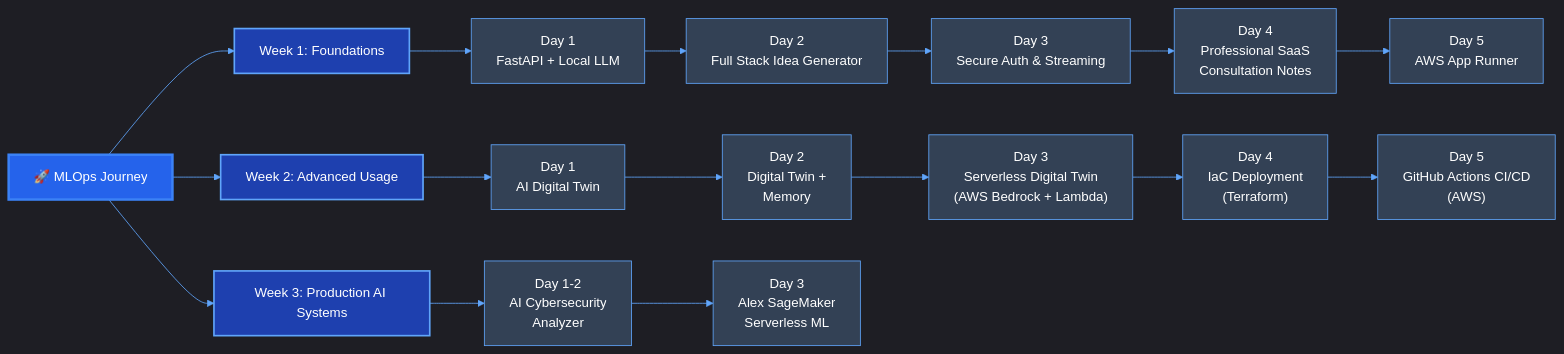
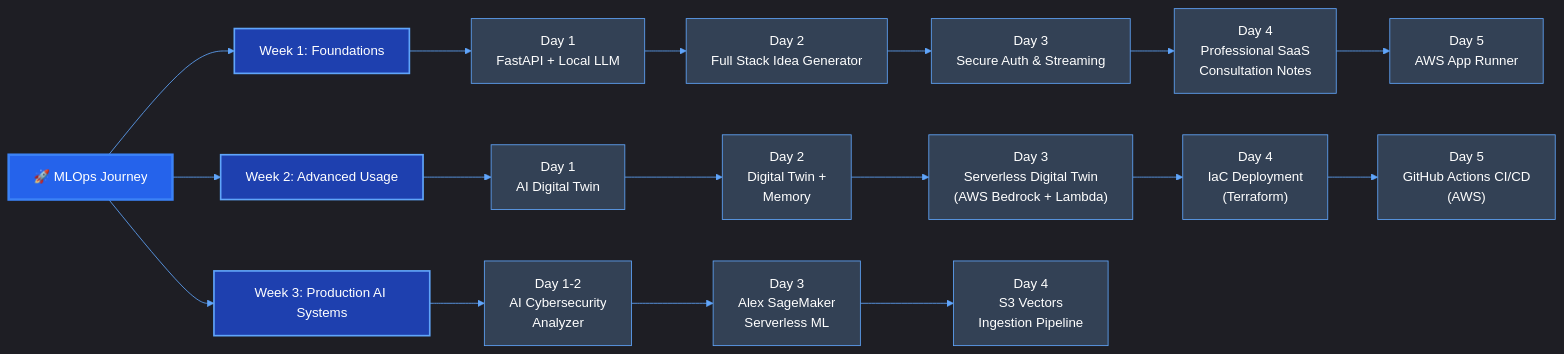
Before and after one commit to baloglu321/mlops-journey: the first of 5 diagrams in README.md, drawn with Mermaid. The commit also changed other lines of this file and 2 other files, not shown here.

Commit message:
week-3 day_4 commit_1

````diff
--- a/README.md
+++ b/README.md
@@ -23,36 +23,38 @@
 ```mermaid
 %%{init: {'theme': 'dark', 'themeVariables': { 'primaryColor': '#2563eb', 'primaryTextColor': '#fff', 'primaryBorderColor': '#3b82f6', 'lineColor': '#60a5fa', 'secondaryColor': '#1e40af', 'tertiaryColor': '#1e3a8a'}}}%%
 graph LR
     A[🚀 MLOps Journey] --> B[Week 1: Foundations]
     B --> C[Day 1<br/>FastAPI + Local LLM]
     C --> D[Day 2<br/>Full Stack Idea Generator]
     D --> E[Day 3<br/>Secure Auth & Streaming]
     E --> F[Day 4<br/>Professional SaaS<br/>Consultation Notes]
     F --> G[Day 5<br/>AWS App Runner]
     A --> H[Week 2: Advanced Usage]
     H --> I[Day 1<br/>AI Digital Twin]
     I --> J[Day 2<br/>Digital Twin +<br/>Memory]
     J --> K["Day 3<br/>Serverless Digital Twin<br/>(AWS Bedrock + Lambda)"]
     K --> L["Day 4<br/>IaC Deployment<br/>(Terraform)"]
     L --> M["Day 5<br/>GitHub Actions CI/CD<br/>(AWS)"]
     A --> N[Week 3: Production AI Systems]
     N --> O["Day 1-2<br/>AI Cybersecurity<br/>Analyzer"]
     O --> P["Day 3<br/>Alex SageMaker<br/>Serverless ML"]
+    P --> Q["Day 4<br/>S3 Vectors<br/>Ingestion Pipeline"]
     
     style A fill:#2563eb,stroke:#3b82f6,stroke-width:3px,color:#fff
     style B fill:#1e40af,stroke:#60a5fa,stroke-width:2px,color:#fff
     style C fill:#334155,stroke:#60a5fa,color:#fff
     style D fill:#334155,stroke:#60a5fa,color:#fff
     style E fill:#334155,stroke:#60a5fa,color:#fff
     style F fill:#334155,stroke:#60a5fa,color:#fff
     style G fill:#334155,stroke:#60a5fa,color:#fff
     style H fill:#1e40af,stroke:#60a5fa,stroke-width:2px,color:#fff
     style I fill:#334155,stroke:#60a5fa,color:#fff
     style J fill:#334155,stroke:#60a5fa,color:#fff
     style K fill:#334155,stroke:#60a5fa,color:#fff
     style L fill:#334155,stroke:#60a5fa,color:#fff
     style M fill:#334155,stroke:#60a5fa,color:#fff
     style N fill:#1e40af,stroke:#60a5fa,stroke-width:2px,color:#fff
     style O fill:#334155,stroke:#60a5fa,color:#fff
     style P fill:#334155,stroke:#60a5fa,color:#fff
+    style Q fill:#334155,stroke:#60a5fa,color:#fff
 ```
````
